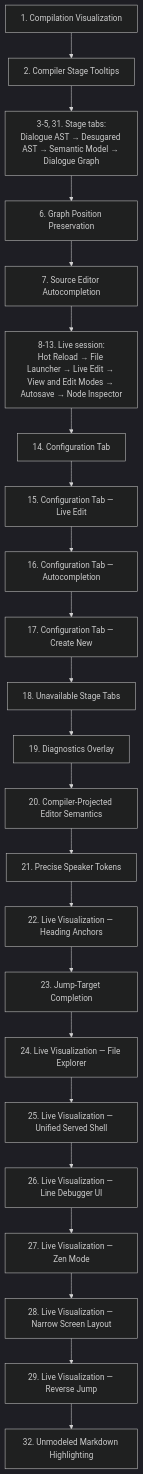
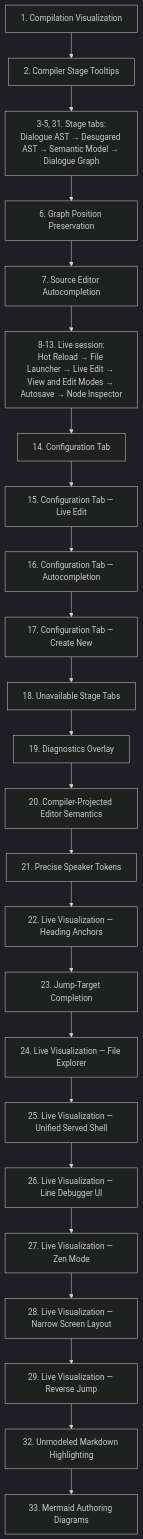
One commit to pengzhengyi/dialoguedown changed the third of 3 diagrams in docs/contributing/design-notes/README.md. Above: the diagram before and after it, drawn with Mermaid (dark theme). The commit also changed other lines of this file and 48 other files, not shown here.

First line of the commit message:
feat(visualization)!: render Mermaid authoring diagrams in previews (#271)

````diff
--- a/docs/contributing/design-notes/README.md
+++ b/docs/contributing/design-notes/README.md
@@ -137,25 +137,26 @@
 ```mermaid
 flowchart TB
     CV["1. Compilation Visualization"] --> TT["2. Compiler Stage Tooltips"]
     TT --> TABS["3-5, 31. Stage tabs:<br/>Dialogue AST → Desugared AST → Semantic Model → Dialogue Graph"]
     TABS --> GX["6. Graph Position Preservation"]
     GX --> AC["7. Source Editor Autocompletion"]
     AC --> LIVE["8-13. Live session:<br/>Hot Reload → File Launcher → Live Edit → View and Edit Modes → Autosave → Node Inspector"]
     LIVE --> CFG["14. Configuration Tab"]
     CFG --> CFGLE["15. Configuration Tab — Live Edit"]
     CFGLE --> CFGAC["16. Configuration Tab — Autocompletion"]
     CFGAC --> CFGCN["17. Configuration Tab — Create New"]
     CFGCN --> UST["18. Unavailable Stage Tabs"]
     UST --> DGO["19. Diagnostics Overlay"]
     DGO --> CPE["20. Compiler-Projected Editor Semantics"]
     CPE --> PST["21. Precise Speaker Tokens"]
     PST --> HA["22. Live Visualization — Heading Anchors"]
     HA --> JTC["23. Jump-Target Completion"]
     JTC --> FE["24. Live Visualization — File Explorer"]
     FE --> USS["25. Live Visualization — Unified Served Shell"]
     USS --> LDU["26. Live Visualization — Line Debugger UI"]
     LDU --> ZEN["27. Live Visualization — Zen Mode"]
     ZEN --> NSL["28. Live Visualization — Narrow Screen Layout"]
     NSL --> RJ["29. Live Visualization — Reverse Jump"]
     RJ --> UMH["32. Unmodeled Markdown Highlighting"]
+    UMH --> MAD["33. Mermaid Authoring Diagrams"]
 ```
````
